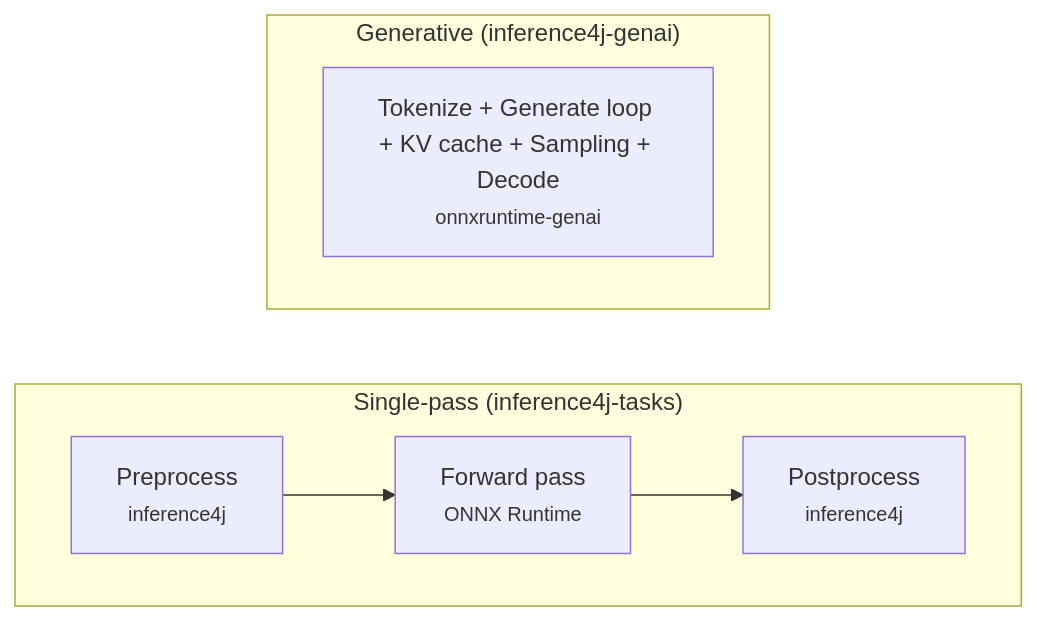
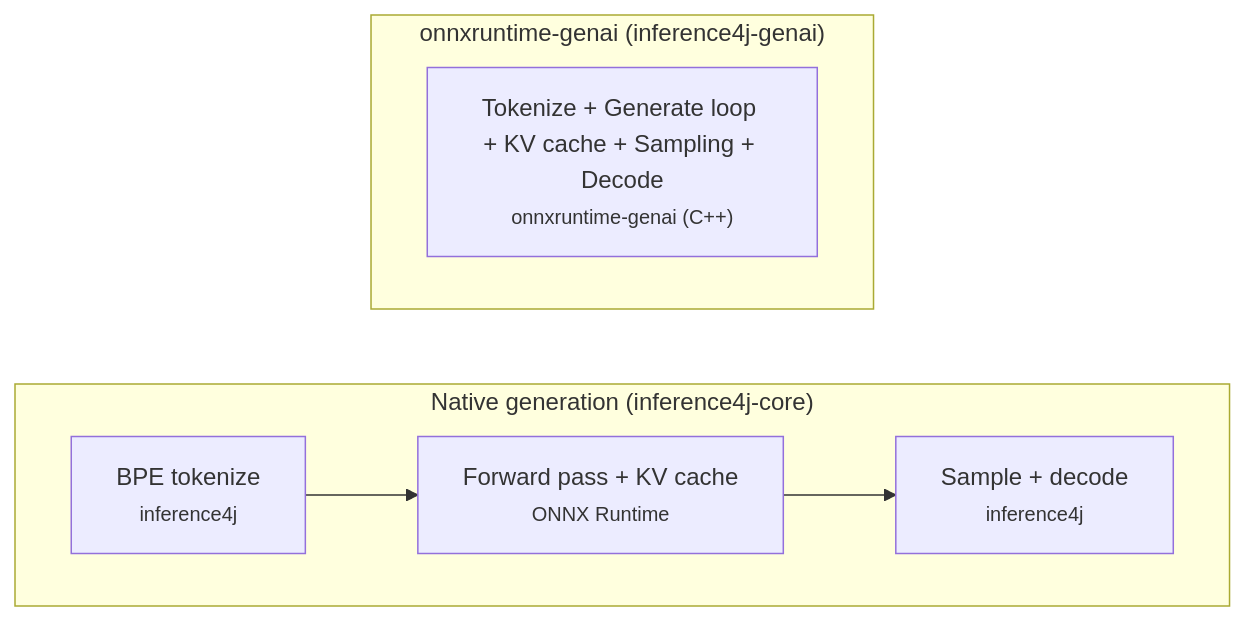
Before and after one commit to inference4j/inference4j: the second of 2 diagrams in docs/generative-ai/introduction.md, drawn with Mermaid. The commit also changed other lines of this file and 6 other files, not shown here.

````diff
--- a/docs/generative-ai/introduction.md
+++ b/docs/generative-ai/introduction.md
@@ -111,15 +89,15 @@
 ```mermaid
 flowchart LR
-    subgraph single["Single-pass (inference4j-tasks)"]
+    subgraph native["Native generation (inference4j-core)"]
         direction LR
-        A1["Preprocess<br><small>inference4j</small>"]
-        A2["Forward pass<br><small>ONNX Runtime</small>"]
-        A3["Postprocess<br><small>inference4j</small>"]
-        A1 --> A2 --> A3
+        N1["BPE tokenize<br><small>inference4j</small>"]
+        N2["Forward pass + KV cache<br><small>ONNX Runtime</small>"]
+        N3["Sample + decode<br><small>inference4j</small>"]
+        N1 --> N2 --> N3
     end
 
-    subgraph gen["Generative (inference4j-genai)"]
+    subgraph genai["onnxruntime-genai (inference4j-genai)"]
         direction LR
-        B1["Tokenize + Generate loop + KV cache + Sampling + Decode<br><small>onnxruntime-genai</small>"]
+        G1["Tokenize + Generate loop + KV cache + Sampling + Decode<br><small>onnxruntime-genai (C++)</small>"]
     end
 ```
````
